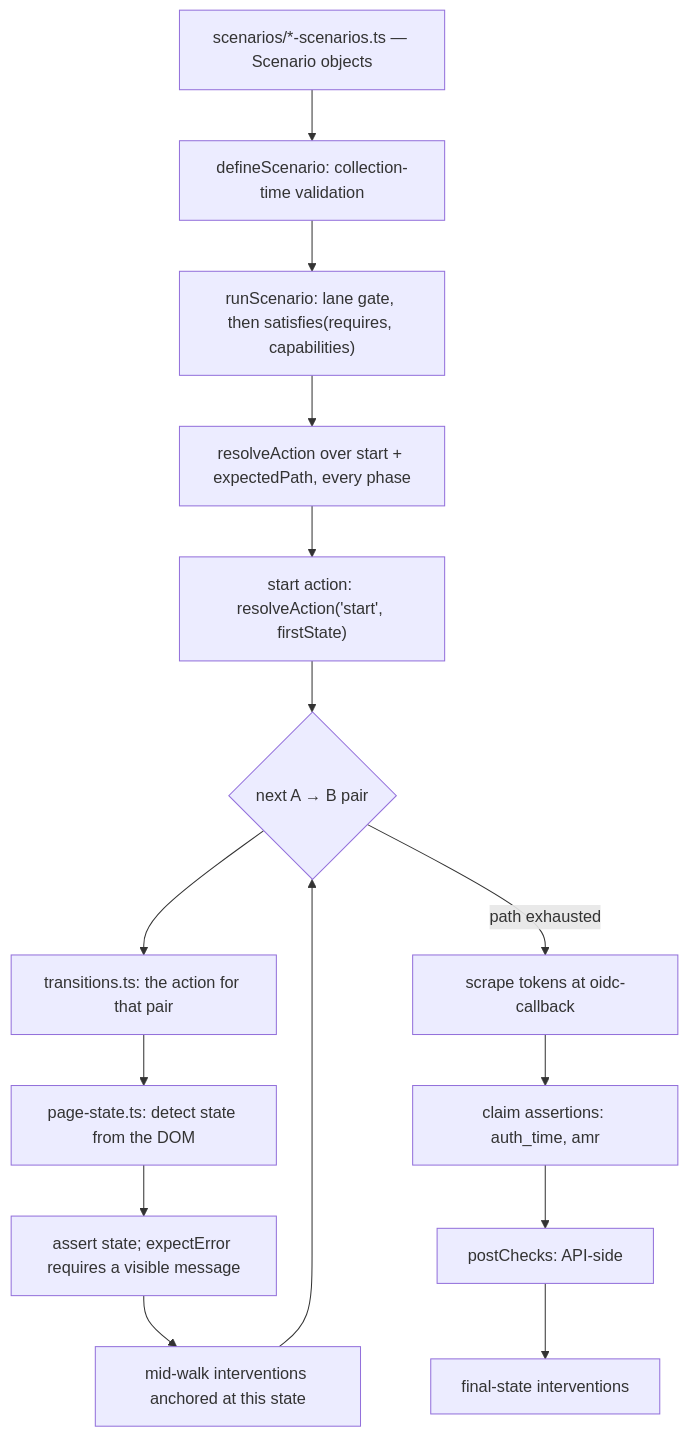
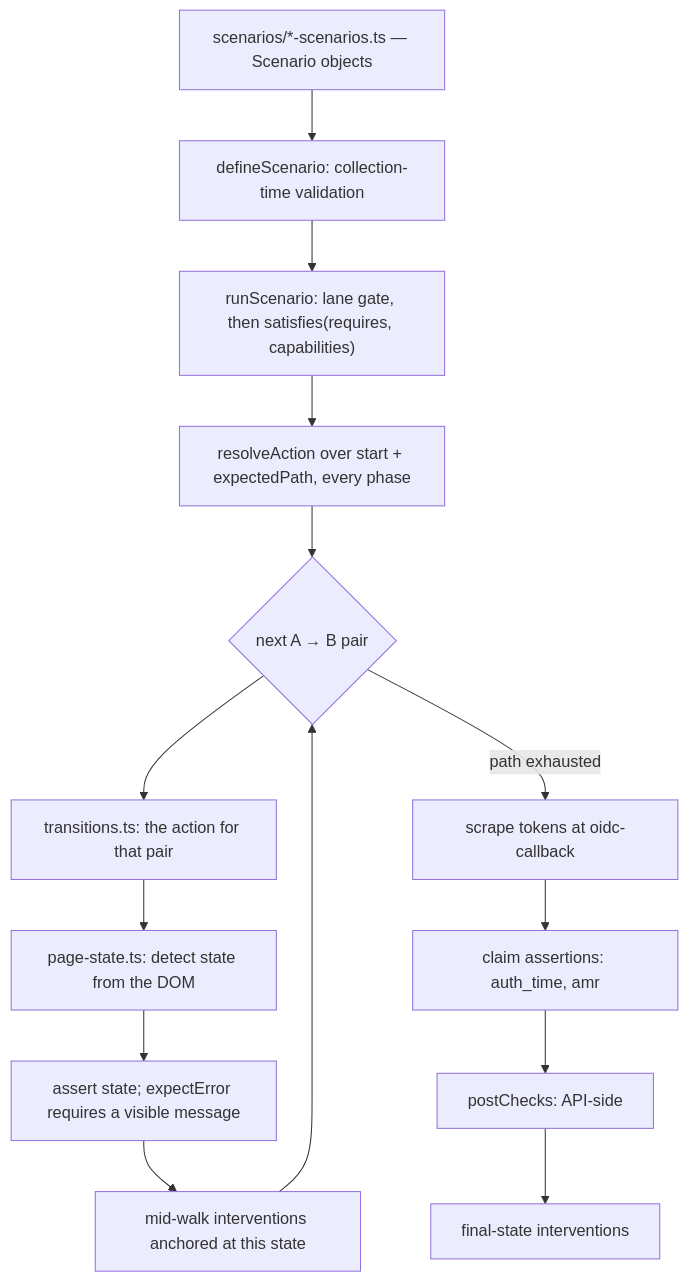
The diagram in docs/testing-spec.md (canonical/canonical-identity-platform-testing), drawn with Mermaid before and after one commit. The commit also changed other lines of this file and 161 other files, not shown here.

````diff
--- a/docs/testing-spec.md
+++ b/docs/testing-spec.md
@@ -522,17 +255,16 @@
 ```mermaid
 flowchart TD
   A["scenarios/*-scenarios.ts — Scenario objects"] --> B["defineScenario: collection-time validation"]
   B --> C["runScenario: lane gate, then satisfies(requires, capabilities)"]
   C --> D["resolveAction over start + expectedPath, every phase"]
-  D --> E["start action: resolveAction('start', firstState)"]
-  E --> F{"next A → B pair"}
+  D --> F{"next A → B pair"}
   F --> G["transitions.ts: the action for that pair"]
   G --> H["page-state.ts: detect state from the DOM"]
   H --> I["assert state; expectError requires a visible message"]
   I --> J["mid-walk interventions anchored at this state"]
   J --> F
   F -->|path exhausted| K["scrape tokens at oidc-callback"]
   K --> L["claim assertions: auth_time, amr"]
   L --> M["postChecks: API-side"]
   M --> N["final-state interventions"]
 ```
````
